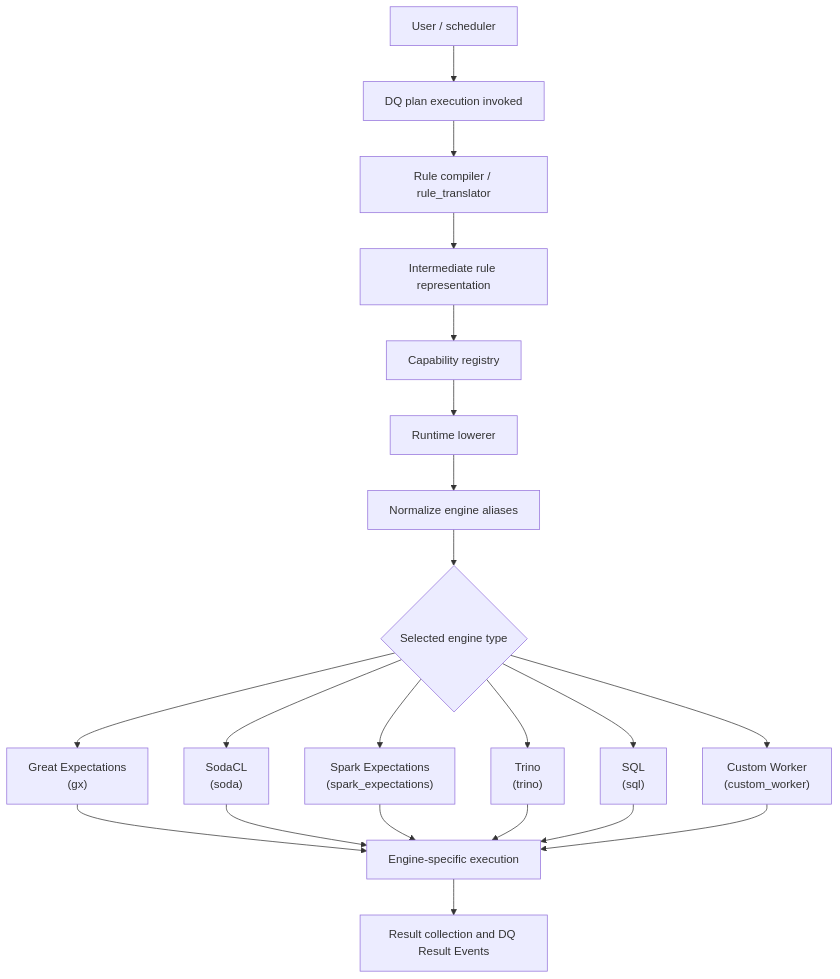
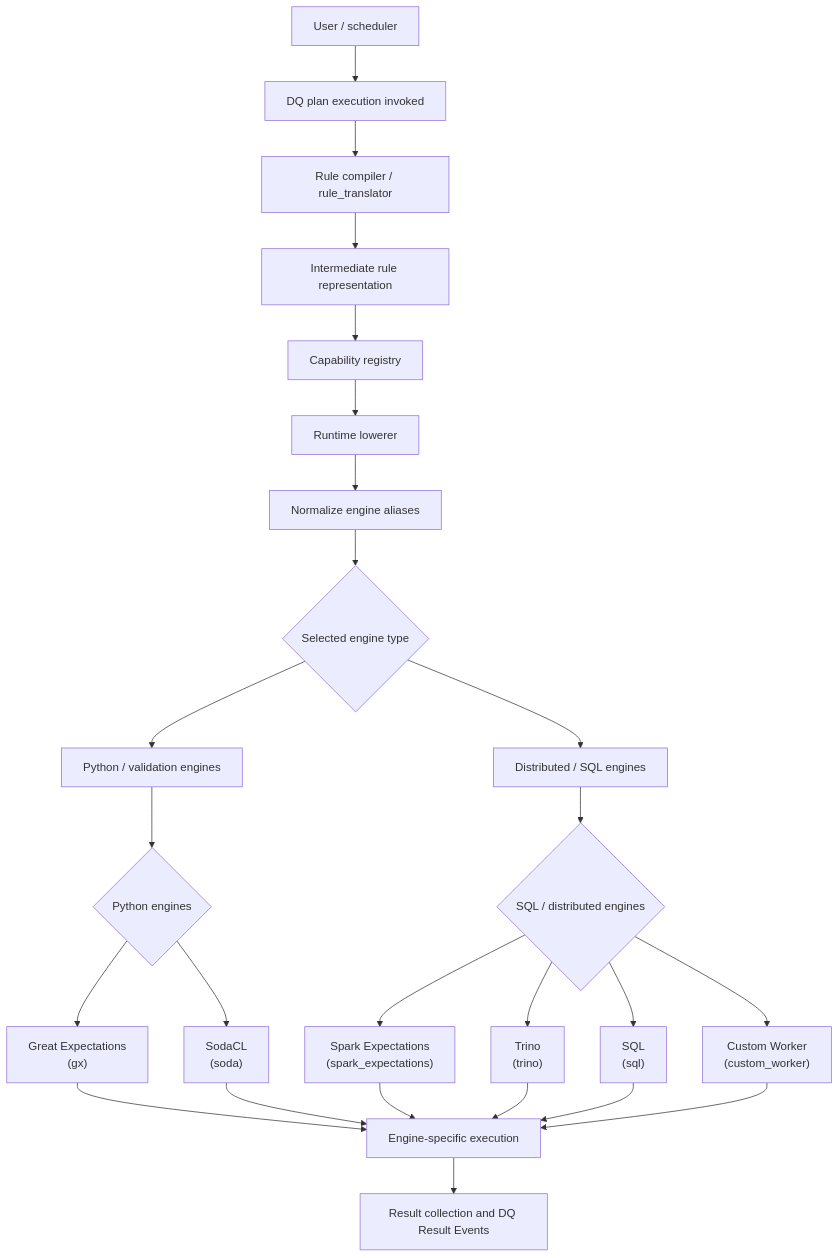
One commit to jactools/dq-made-easy changed the second of 2 diagrams in docs/flows/dq-engine-execution-flow.md. Above: the diagram before and after it, drawn with Mermaid. The commit also changed 4 other files, not shown here.

Commit message:
added sequence for execution and engine translation flow

````diff
--- a/docs/flows/dq-engine-execution-flow.md
+++ b/docs/flows/dq-engine-execution-flow.md
@@ -108,28 +108,24 @@
 ```mermaid
-flowchart TD
-    User["User / scheduler"]
-    Plan["DQ plan execution invoked"]
-    Compiler["Rule compiler / rule_translator"]
-    IR["Intermediate rule representation"]
-    Registry["Capability registry"]
-    Lowerer["Runtime lowerer"]
-    Normalize["Normalize engine aliases"]
-    Select{Selected engine type}
-    GX["Great Expectations<br/>(gx)"]
-    Soda["SodaCL<br/>(soda)"]
-    Spark["Spark Expectations<br/>(spark_expectations)"]
-    Trino["Trino<br/>(trino)"]
-    SQL["SQL<br/>(sql)"]
-    Custom["Custom Worker<br/>(custom_worker)"]
-    Execute["Engine-specific execution"]
-    Results["Result collection and DQ Result Events"]
+flowchart TB
+    User["User / scheduler"] --> Plan["DQ plan execution invoked"] --> Compiler["Rule compiler / rule_translator"] --> IR["Intermediate rule representation"] --> Registry["Capability registry"] --> Lowerer["Runtime lowerer"] --> Normalize["Normalize engine aliases"] --> Select{Selected engine type}
 
-    User --> Plan --> Compiler --> IR --> Registry --> Lowerer --> Normalize --> Select
-    Select --> GX --> Execute
-    Select --> Soda --> Execute
-    Select --> Spark --> Execute
-    Select --> Trino --> Execute
-    Select --> SQL --> Execute
-    Select --> Custom --> Execute
-    Execute --> Results
+    Select --> PythonGroup["Python / validation engines"]
+    PythonGroup --> Native{Python engines}
+    Native --> GX["Great Expectations<br/>(gx)"]
+    Native --> Soda["SodaCL<br/>(soda)"]
+
+    Select --> DistGroup["Distributed / SQL engines"]
+    DistGroup --> Distributed{SQL / distributed engines}
+    Distributed --> Spark["Spark Expectations<br/>(spark_expectations)"]
+    Distributed --> Trino["Trino<br/>(trino)"]
+    Distributed --> SQL["SQL<br/>(sql)"]
+    Distributed --> Custom["Custom Worker<br/>(custom_worker)"]
+
+    GX --> Execute["Engine-specific execution"]
+    Soda --> Execute
+    Spark --> Execute
+    Trino --> Execute
+    SQL --> Execute
+    Custom --> Execute
+    Execute --> Results["Result collection and DQ Result Events"]
 ```
````
